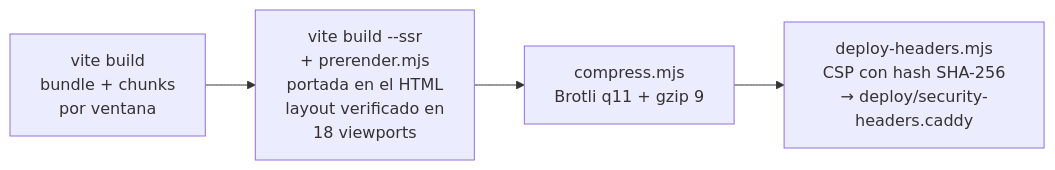
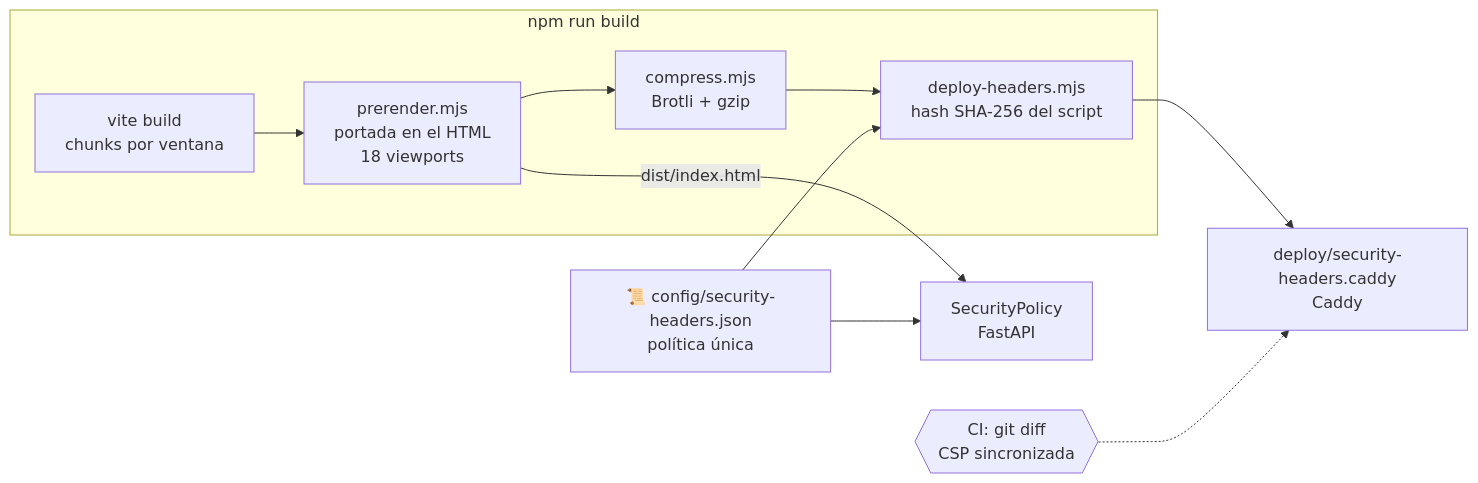
The fourth of 5 diagrams in README.md (maximiliano-andres/new_porfolio), drawn with Mermaid before and after one commit. The commit also changed other lines of this file and 7 other files, not shown here.

````diff
--- a/README.md
+++ b/README.md
@@ -164,6 +236,16 @@
 ```mermaid
 flowchart LR
-    A["vite build<br/>bundle + chunks<br/>por ventana"] --> B["vite build --ssr<br/>+ prerender.mjs<br/>portada en el HTML<br/>layout verificado en<br/>18 viewports"]
-    B --> C["compress.mjs<br/>Brotli q11 + gzip 9"]
-    C --> D["deploy-headers.mjs<br/>CSP con hash SHA-256<br/>→ deploy/security-headers.caddy"]
+    P["📜 config/security-headers.json<br/>política única"]
+
+    subgraph BUILD["npm run build"]
+        B1["vite build<br/>chunks por ventana"] --> B2["prerender.mjs<br/>portada en el HTML<br/>18 viewports"]
+        B2 --> B3["compress.mjs<br/>Brotli + gzip"]
+        B3 --> B4["deploy-headers.mjs<br/>hash SHA-256 del script"]
+    end
+
+    P --> B4
+    B4 --> CAD["deploy/security-headers.caddy<br/>Caddy"]
+    P --> API["SecurityPolicy<br/>FastAPI"]
+    B2 -->|"dist/index.html"| API
+    CI{{"CI: git diff<br/>CSP sincronizada"}} -.-> CAD
 ```
````
